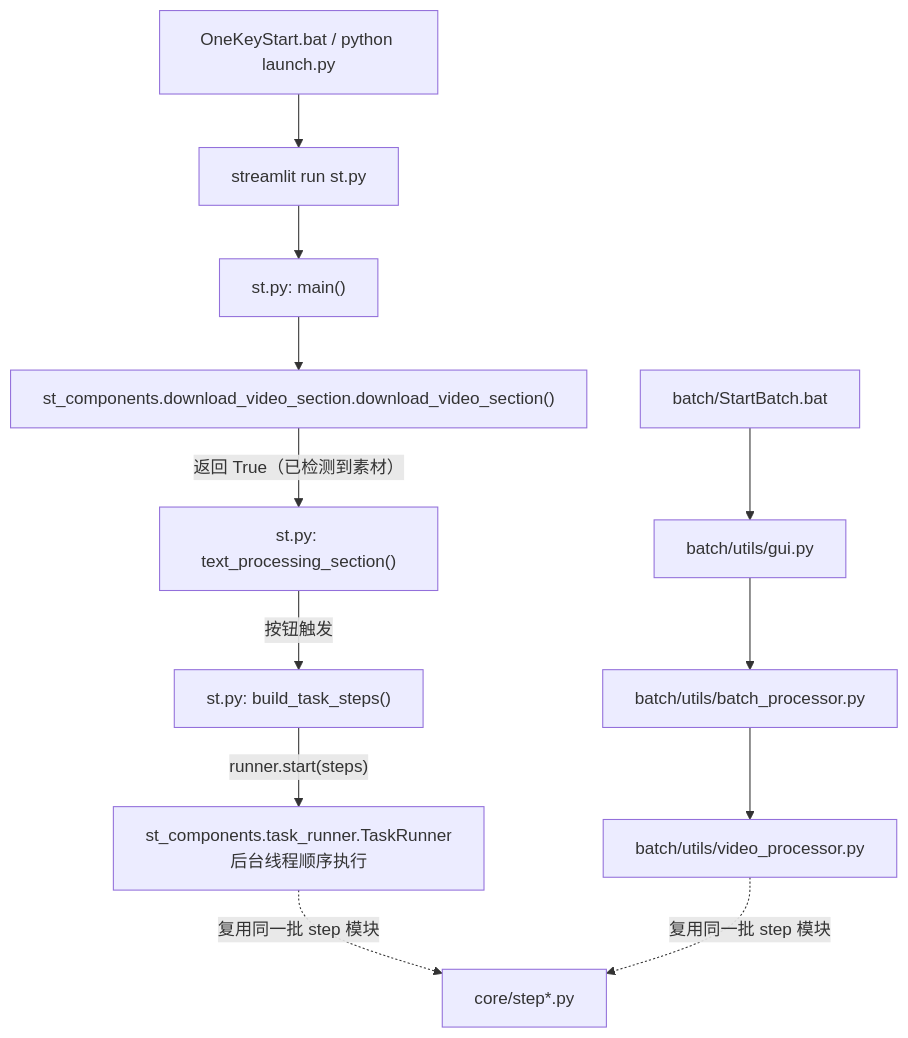
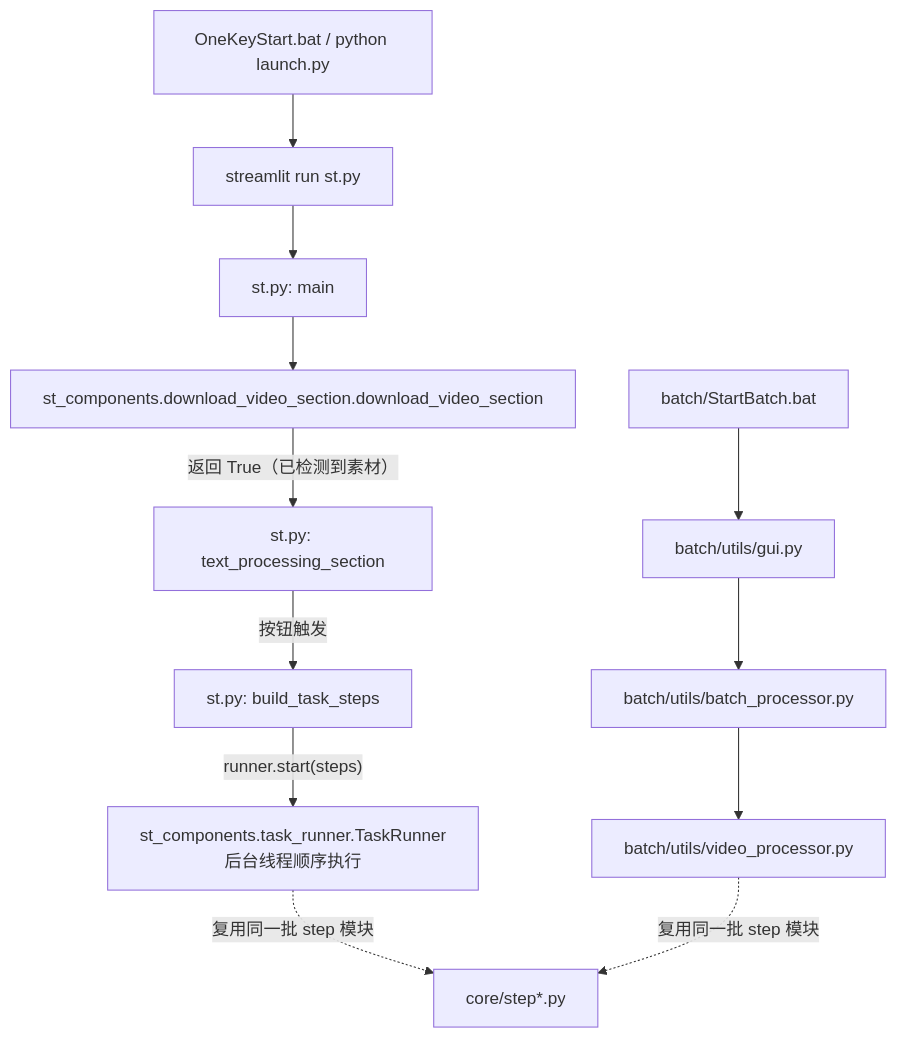
Before and after one commit to Brzjomo/VideoLingoMove: the first of 2 diagrams in devdocs/00-overview/01-项目总览与架构.md, drawn with Mermaid. The commit also changed other lines of this file and 33 other files, not shown here.

````diff
--- a/devdocs/00-overview/01-项目总览与架构.md
+++ b/devdocs/00-overview/01-项目总览与架构.md
@@ -87,16 +87,16 @@
 ```mermaid
 flowchart TD
-    A["OneKeyStart.bat / python launch.py"] --> B["streamlit run st.py"]
-    B --> C["st.py: main()"]
-    C --> D["st_components.download_video_section.download_video_section()"]
-    D -->|"返回 True（已检测到素材）"| E["st.py: text_processing_section()"]
-    E -->|"按钮触发"| G["st.py: build_task_steps()"]
-    G -->|"runner.start(steps)"| H["st_components.task_runner.TaskRunner<br/>后台线程顺序执行"]
+ A["OneKeyStart.bat / python launch.py"] --> B["streamlit run st.py"]
+ B --> C["st.py: main"]
+ C --> D["st_components.download_video_section.download_video_section"]
+ D -->|"返回 True（已检测到素材）"| E["st.py: text_processing_section"]
+ E -->|"按钮触发"| G["st.py: build_task_steps"]
+ G -->|"runner.start(steps)"| H["st_components.task_runner.TaskRunner<br/>后台线程顺序执行"]
 
-    B2["batch/StartBatch.bat"] --> C2["batch/utils/gui.py"]
-    C2 --> D2["batch/utils/batch_processor.py"]
-    D2 --> E2["batch/utils/video_processor.py"]
+ B2["batch/StartBatch.bat"] --> C2["batch/utils/gui.py"]
+ C2 --> D2["batch/utils/batch_processor.py"]
+ D2 --> E2["batch/utils/video_processor.py"]
 
-    H -.->|"复用同一批 step 模块"| I["core/step*.py"]
-    E2 -.->|"复用同一批 step 模块"| I
+ H -.->|"复用同一批 step 模块"| I["core/step*.py"]
+ E2 -.->|"复用同一批 step 模块"| I
 ```
````
